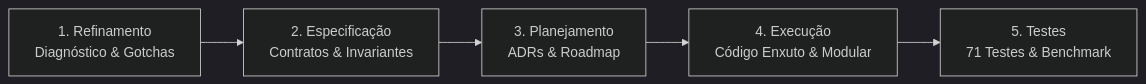
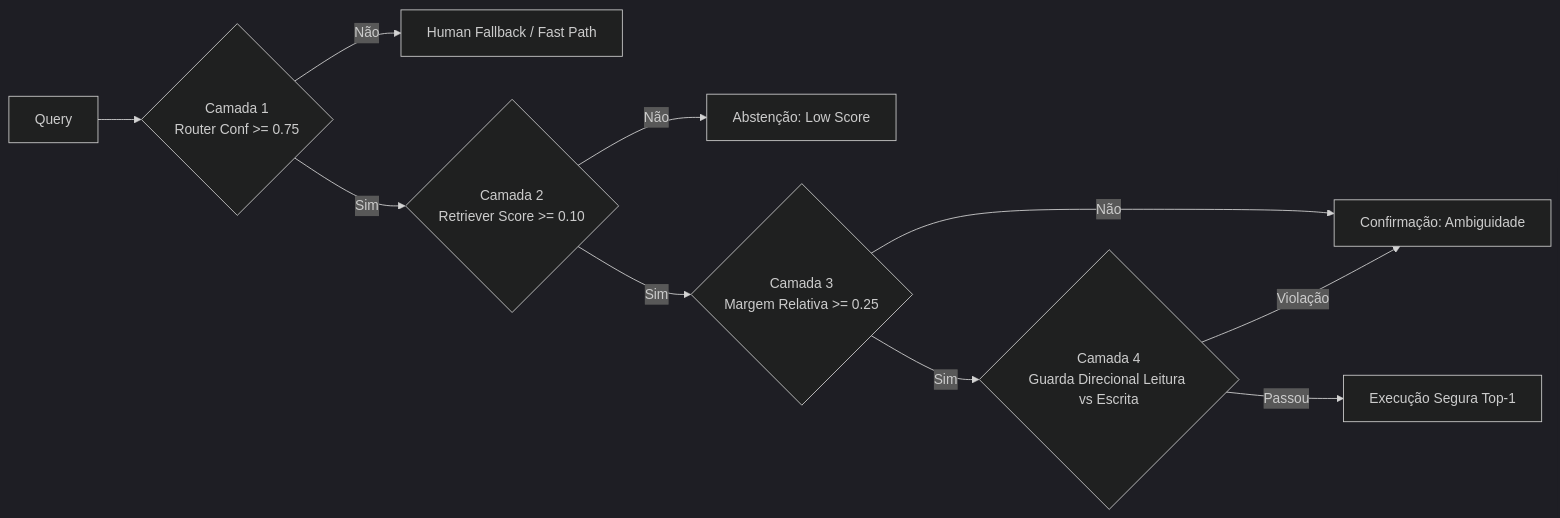
The second of 3 diagrams in README.md (issei/case-agents), drawn with Mermaid (dark theme) before and after one commit. The commit also changed other lines of this file and 1 other file, not shown here.

````diff
--- a/README.md
+++ b/README.md
@@ -94,7 +114,15 @@
 ```mermaid
 flowchart LR
-    R[1. Refinamento<br/>Diagnóstico & Gotchas] --> S[2. Especificação<br/>Contratos & Invariantes]
-    S --> P[3. Planejamento<br/>ADRs & Roadmap]
-    P --> E[4. Execução<br/>Código Enxuto & Modular]
-    E --> T[5. Testes<br/>71 Testes & Benchmark]
+    In[Query] --> G1{Camada 1<br/>Router Conf >= 0.75}
+    G1 -->|Não| HB[Human Fallback / Fast Path]
+    G1 -->|Sim| G2{Camada 2<br/>Retriever Score >= 0.10}
+
+    G2 -->|Não| AB[Abstenção: Low Score]
+    G2 -->|Sim| G3{Camada 3<br/>Margem Relativa >= 0.25}
+
+    G3 -->|Não| AC[Confirmação: Ambiguidade]
+    G3 -->|Sim| G4{Camada 4<br/>Guarda Direcional Leitura vs Escrita}
+
+    G4 -->|Violação| AC
+    G4 -->|Passou| EX[Execução Segura Top-1]
 ```
````
